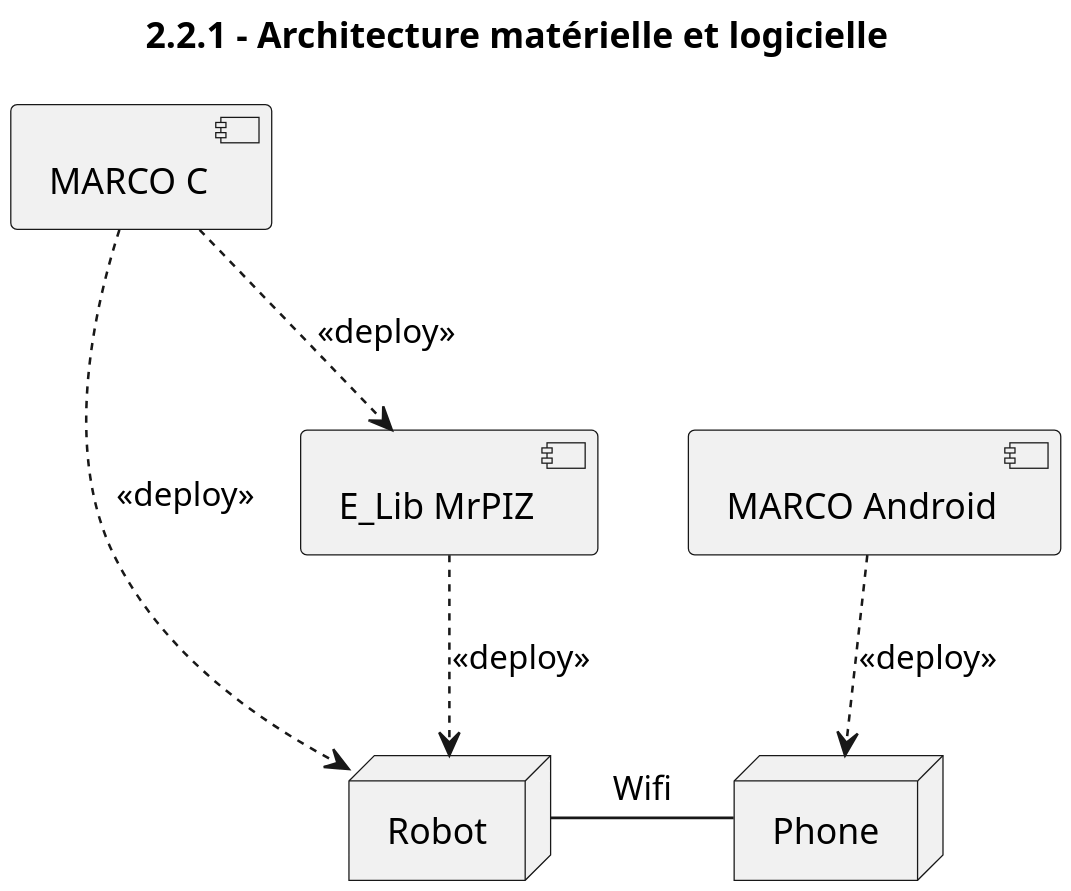
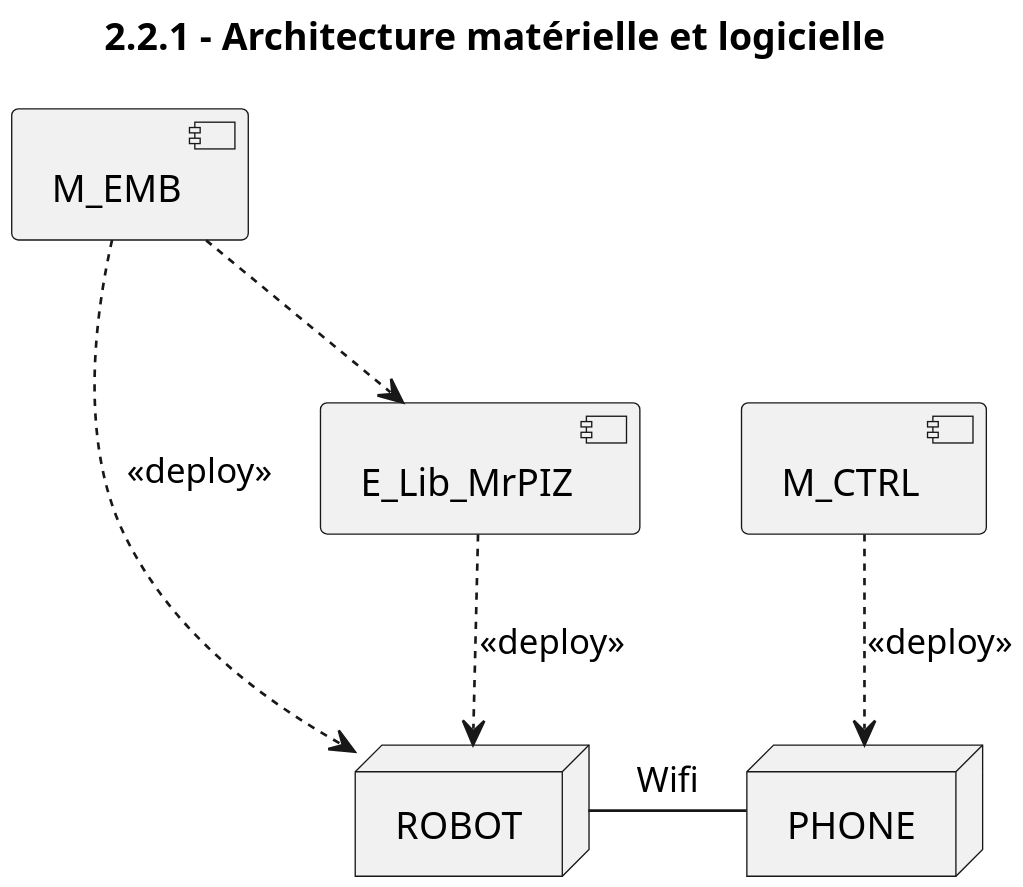
The diagram in Diagrammes UML/2.2.1 - Architecture matérielle et logicielle/2.2.1 - Architecture matérielle et logicielle.puml (Larson-09/PATO_Project), drawn with PlantUML before and after one commit.

Commit message:
correction du architechure matériel

```diff
--- a/Diagrammes UML/2.2.1 - Architecture matérielle et logicielle/2.2.1 - Architecture matérielle et logicielle.puml
+++ b/Diagrammes UML/2.2.1 - Architecture matérielle et logicielle/2.2.1 - Architecture matérielle et logicielle.puml
@@ -1,11 +1,11 @@
 @startuml
 title 2.2.1 - Architecture matérielle et logicielle
 scale 1280*900
-node Robot
-node Phone
-Robot -r- Phone : Wifi
-[MARCO C] ..> [E_Lib MrPIZ] : <<deploy>>
-[MARCO C] ..> Robot : <<deploy>>
-[E_Lib MrPIZ] ..> Robot : <<deploy>>
-[MARCO Android] ..> Phone : <<deploy>>
+node ROBOT
+node PHONE
+ROBOT-r- PHONE: Wifi
+[M_EMB] ..> [E_Lib_MrPIZ] 
+[M_EMB] ..> ROBOT: <<deploy>>
+[E_Lib_MrPIZ] ..> ROBOT: <<deploy>>
+[M_CTRL] ..> PHONE: <<deploy>>
 @enduml
```
